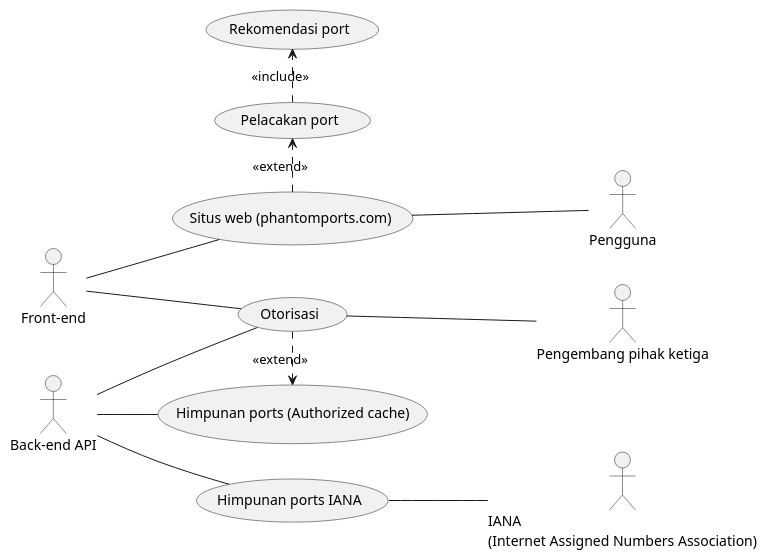
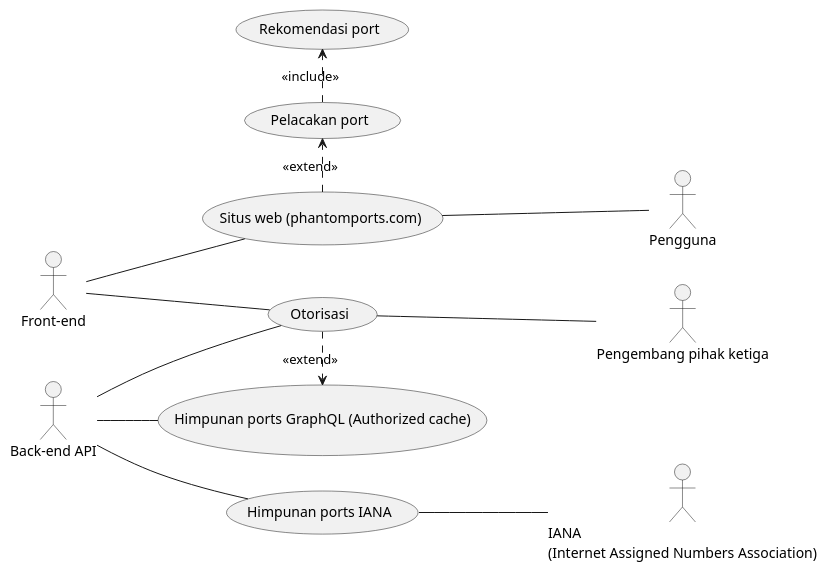
Before and after one commit to stnDinus/skpl-apbo-use-case-diagram: the diagram in ues_case_diagram.puml, drawn with PlantUML.

Commit message:
feat: specify GraphQL API

```diff
--- a/ues_case_diagram.puml
+++ b/ues_case_diagram.puml
@@ -1,36 +1,36 @@
 @startuml
 left to right direction
 
 actor :Back-end API: as be
 actor :Front-end: as fe
 actor :Pengguna: as usr
 actor :IANA\n(Internet Assigned Numbers Association): as iana
 actor :Pengembang pihak ketiga: as dev
 
 together {
   "Situs web (phantomports.com)" as (website)
   "Pelacakan port" as (search)
   "Rekomendasi port" as (recommend)
 }
 
 "Himpunan ports IANA" as (ports)
-"Himpunan ports (Authorized cache)" as (cached)
+"Himpunan ports GraphQL (Authorized cache)" as (cached)
 
 "Otorisasi" as (authorize)
 
 (website) -- usr
 fe -- (website)
 (website) .> (search): <<extend>>
 (search) .> (recommend): <<include>>
 
 be -- (ports)
 (ports) -- iana
 
 be -- (authorize)
 fe -- (authorize)
 (authorize) -- dev
 
 be -- (cached)
 (authorize) .> (cached): <<extend>>
 
 @enduml
```
